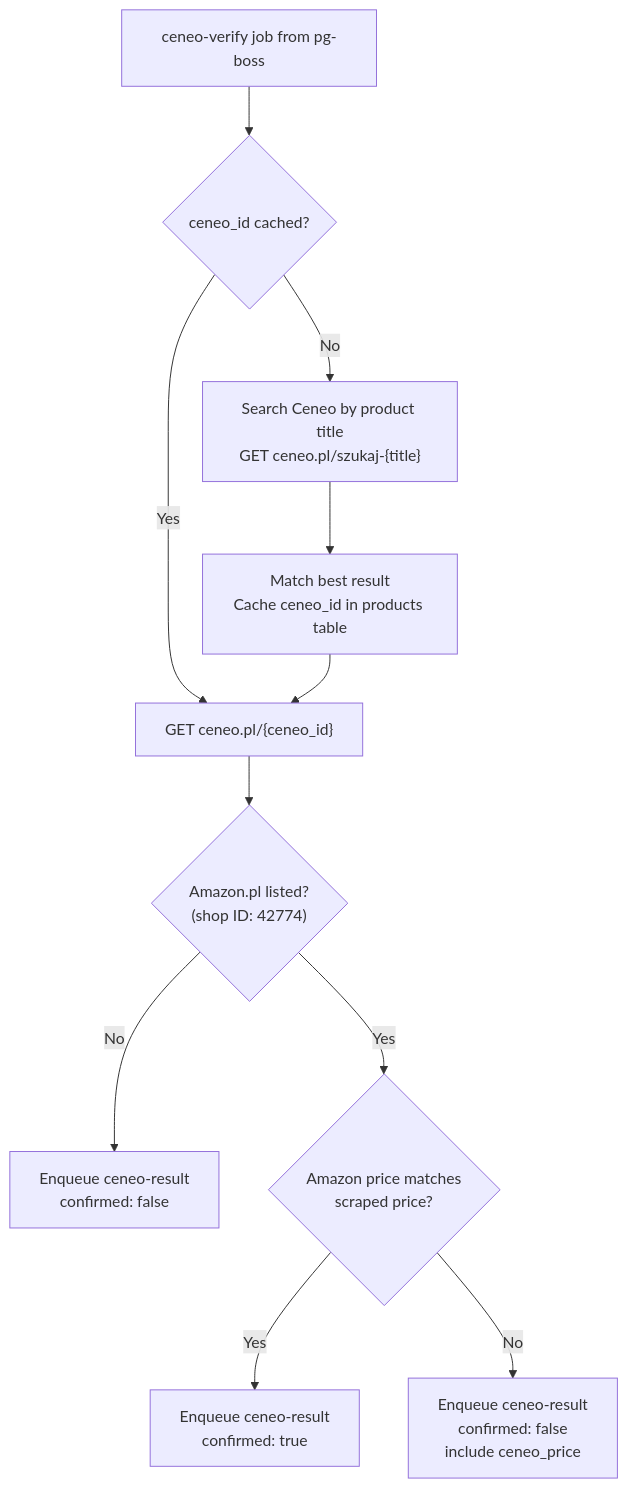
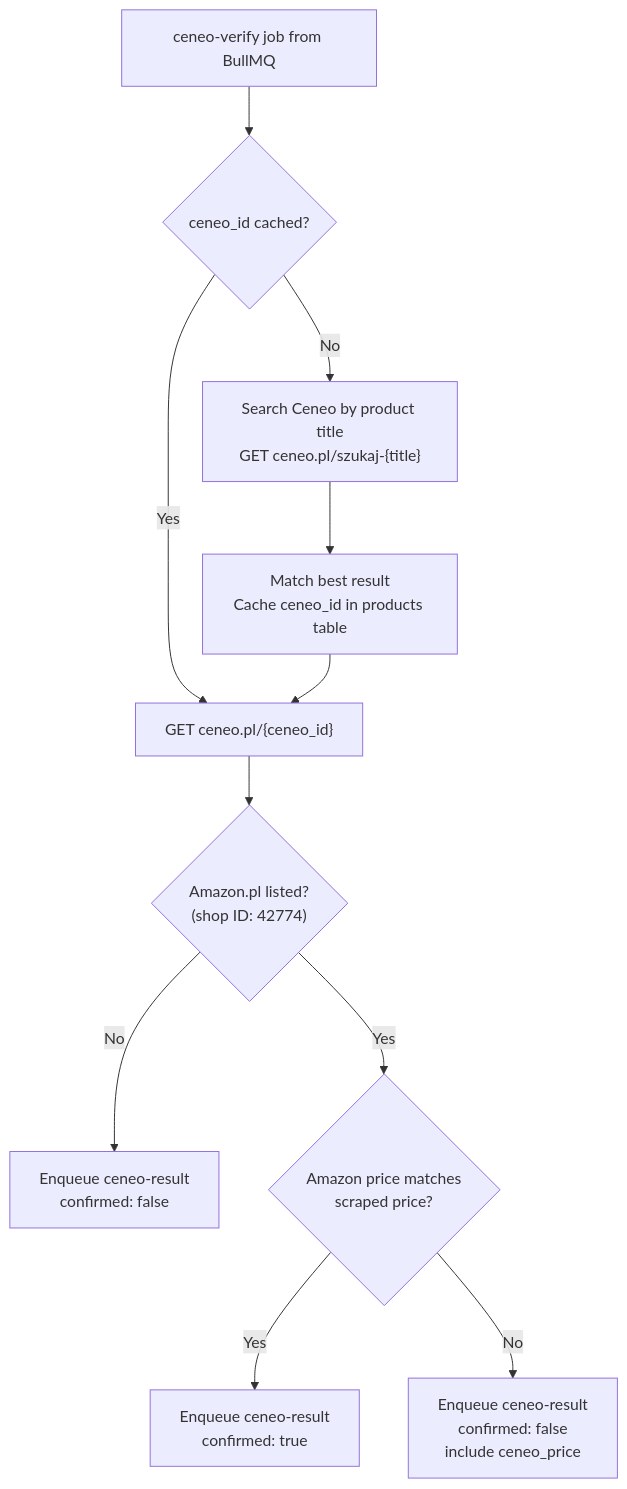
The second of 2 diagrams in docs/scraper_design.md (k0ff33/amazonpl-price-watch), drawn with Mermaid before and after one commit. The commit also changed other lines of this file and 15 other files, not shown here.

First line of the commit message:
refactor: replace pg-boss with BullMQ + Redis

````diff
--- a/docs/scraper_design.md
+++ b/docs/scraper_design.md
@@ -76,13 +76,13 @@
 ```mermaid
 flowchart TD
-    Job[ceneo-verify job from pg-boss] --> HasMapping{ceneo_id cached?}
+    Job[ceneo-verify job from BullMQ] --> HasMapping{ceneo_id cached?}
     HasMapping -->|No| Search["Search Ceneo by product title<br/>GET ceneo.pl/szukaj-{title}"]
     Search --> Match[Match best result<br/>Cache ceneo_id in products table]
     HasMapping -->|Yes| Fetch["GET ceneo.pl/{ceneo_id}"]
     Match --> Fetch
     Fetch --> FindAmazon{"Amazon.pl listed?<br/>(shop ID: 42774)"}
     FindAmazon -->|No| NotListed[Enqueue ceneo-result<br/>confirmed: false]
     FindAmazon -->|Yes| Compare{Amazon price matches<br/>scraped price?}
     Compare -->|Yes| Confirmed[Enqueue ceneo-result<br/>confirmed: true]
     Compare -->|No| Mismatch[Enqueue ceneo-result<br/>confirmed: false<br/>include ceneo_price]
 ```
````
